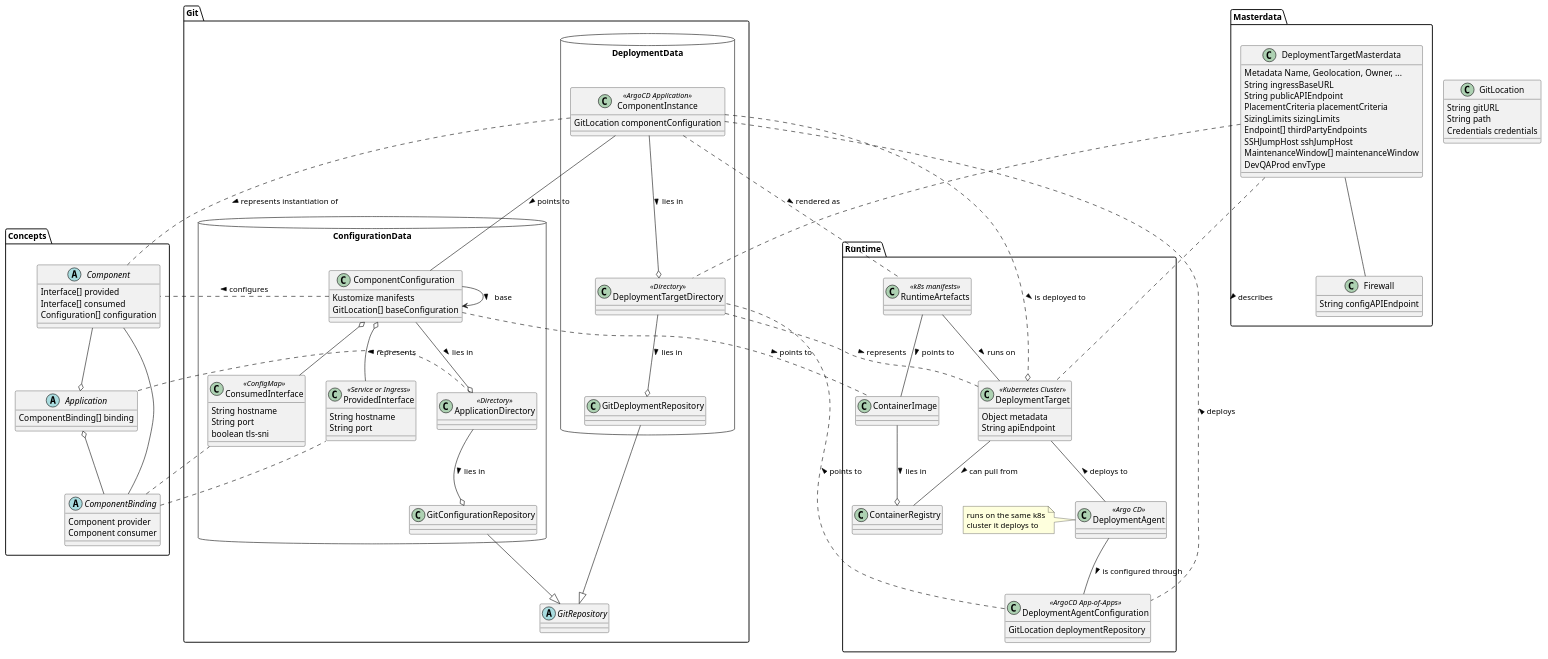
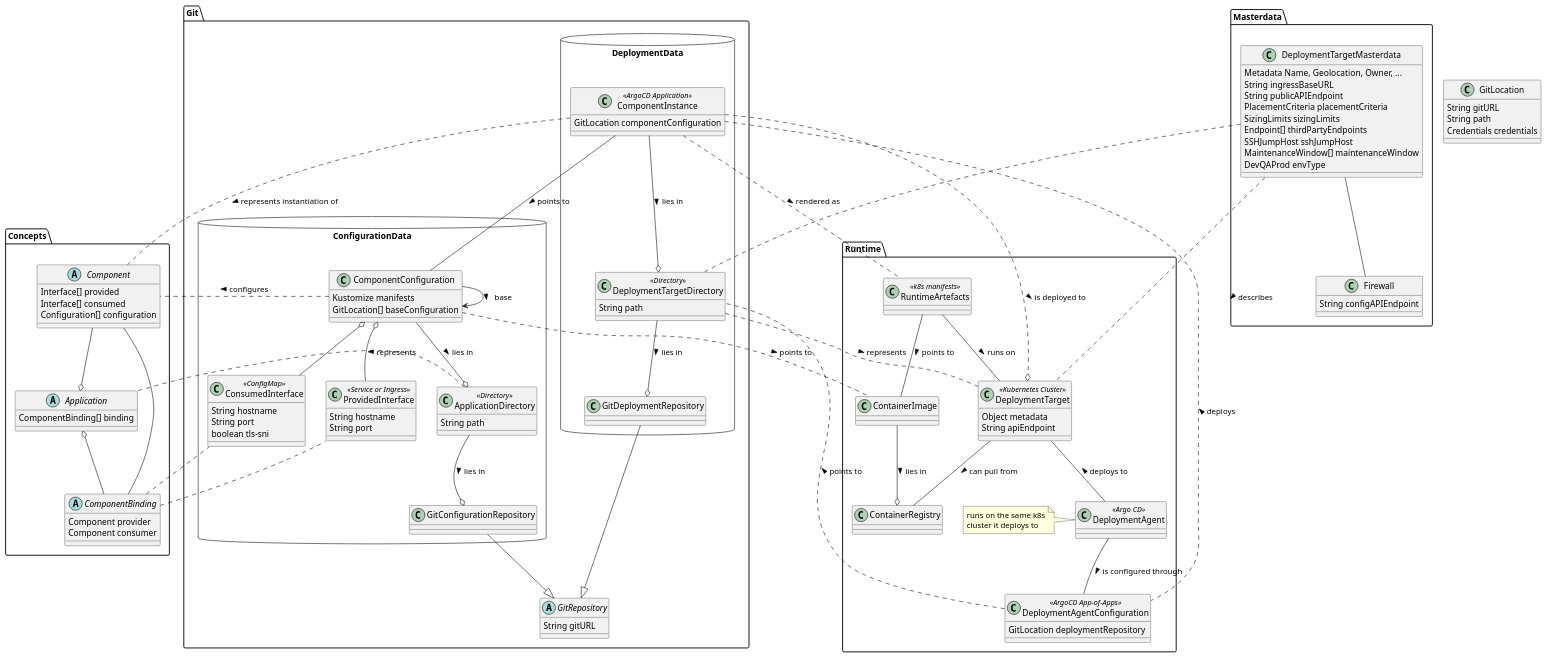
The diagram in docs/architecture/datamodel.plantuml (sa-mw-dach/manuela), drawn with PlantUML before and after one commit.

Commit message:
added git URL and directory path attributes

```diff
--- a/docs/architecture/datamodel.plantuml
+++ b/docs/architecture/datamodel.plantuml
@@ -1,142 +1,145 @@
 @startuml
 
 class GitLocation
 GitLocation : String gitURL 
 GitLocation : String path 
 GitLocation : Credentials credentials
 
 package Concepts {
     abstract class Application
     Application : ComponentBinding[] binding
 
     abstract class Component
     "Component" : Interface[] provided
     "Component" : Interface[] consumed
     "Component" : Configuration[] configuration
 
     abstract class ComponentBinding
     ComponentBinding : Component provider
     ComponentBinding : Component consumer
 
     "Component" --o Application  
     Application o-- ComponentBinding
     "Component" -- ComponentBinding
 }
 
 package Git {
     abstract class GitRepository
+    GitRepository : String gitURL
 
     package DeploymentData <<Database>> {
         class ComponentInstance <<ArgoCD Application>>
         ComponentInstance : GitLocation componentConfiguration
 
         class DeploymentTargetDirectory <<Directory>>
+        DeploymentTargetDirectory : String path
 
         class GitDeploymentRepository
 
         ComponentInstance --o DeploymentTargetDirectory : lies in >
         DeploymentTargetDirectory --o GitDeploymentRepository : lies in >
     } 
 
     package ConfigurationData <<Database>> {
         class ComponentConfiguration
         ComponentConfiguration : Kustomize manifests
         ComponentConfiguration : GitLocation[] baseConfiguration
         ComponentConfiguration --> ComponentConfiguration : base >
 
         class ProvidedInterface <<Service or Ingress>>
         ProvidedInterface : String hostname
         ProvidedInterface : String port
 
         class ConsumedInterface <<ConfigMap>>
         ConsumedInterface : String hostname
         ConsumedInterface : String port
         ConsumedInterface : boolean tls-sni
 
         class ApplicationDirectory <<Directory>>
+        ApplicationDirectory : String path
 
         class GitConfigurationRepository
 
         ComponentConfiguration --o ApplicationDirectory : lies in >
         ComponentConfiguration o-- ProvidedInterface
         ComponentConfiguration o-- ConsumedInterface
 
         ApplicationDirectory --o GitConfigurationRepository : lies in >
     }
 
     GitDeploymentRepository --|> GitRepository 
     GitConfigurationRepository --|> GitRepository
 
     ComponentInstance -- ComponentConfiguration : points to >
 
 }
 
 package Runtime {
     class ContainerRegistry
 
     class ContainerImage
 
     class DeploymentTarget <<Kubernetes Cluster>>
     DeploymentTarget : Object metadata
     DeploymentTarget : String apiEndpoint
 
     class DeploymentAgent <<Argo CD>>
     note left: runs on the same k8s\ncluster it deploys to
 
     class DeploymentAgentConfiguration <<ArgoCD App-of-Apps>>
     DeploymentAgentConfiguration : GitLocation deploymentRepository
 
     class RuntimeArtefacts <<k8s manifests>>
 
 
     DeploymentAgent -- DeploymentAgentConfiguration : is configured through >
 
     ContainerImage --o ContainerRegistry : lies in >
 
     RuntimeArtefacts -- DeploymentTarget : runs on >
     RuntimeArtefacts -- ContainerImage : points to >
 
     DeploymentTarget -- ContainerRegistry : can pull from >
     DeploymentTarget -- DeploymentAgent : < deploys to
     /'DeploymentTarget -- DeploymentAgent : < runs on '/
 }
 
 package Masterdata {
     class DeploymentTargetMasterdata
     DeploymentTargetMasterdata : Metadata Name, Geolocation, Owner, ...
     DeploymentTargetMasterdata : String ingressBaseURL
     DeploymentTargetMasterdata : String publicAPIEndpoint
     DeploymentTargetMasterdata : PlacementCriteria placementCriteria
     DeploymentTargetMasterdata : SizingLimits sizingLimits
     DeploymentTargetMasterdata : Endpoint[] thirdPartyEndpoints
     DeploymentTargetMasterdata : SSHJumpHost sshJumpHost
     DeploymentTargetMasterdata : MaintenanceWindow[] maintenanceWindow
     DeploymentTargetMasterdata : DevQAProd envType
 
     class Firewall
     Firewall : String configAPIEndpoint
 
     DeploymentTargetMasterdata -- Firewall
 }
 
 ComponentInstance .. Component : represents instantiation of >
 ComponentInstance .. RuntimeArtefacts : rendered as >
 ComponentInstance ..o DeploymentTarget : is deployed to >
 /' ComponentInstance ..o DeploymentTarget : is installed on > '/
 ComponentInstance .. DeploymentAgentConfiguration : < deploys
 
 ComponentConfiguration .. ContainerImage : points to >
 ComponentConfiguration .. Component : configures >
 
 DeploymentAgentConfiguration .. DeploymentTargetDirectory : points to >
 
 DeploymentTargetDirectory .. DeploymentTarget : represents >
 ApplicationDirectory .. Application : represents >
 
 DeploymentTargetMasterdata .. DeploymentTarget : describes >
 DeploymentTargetMasterdata .. DeploymentTargetDirectory
 
 ComponentBinding .. ConsumedInterface
 ComponentBinding .. ProvidedInterface
 
 @enduml
```
